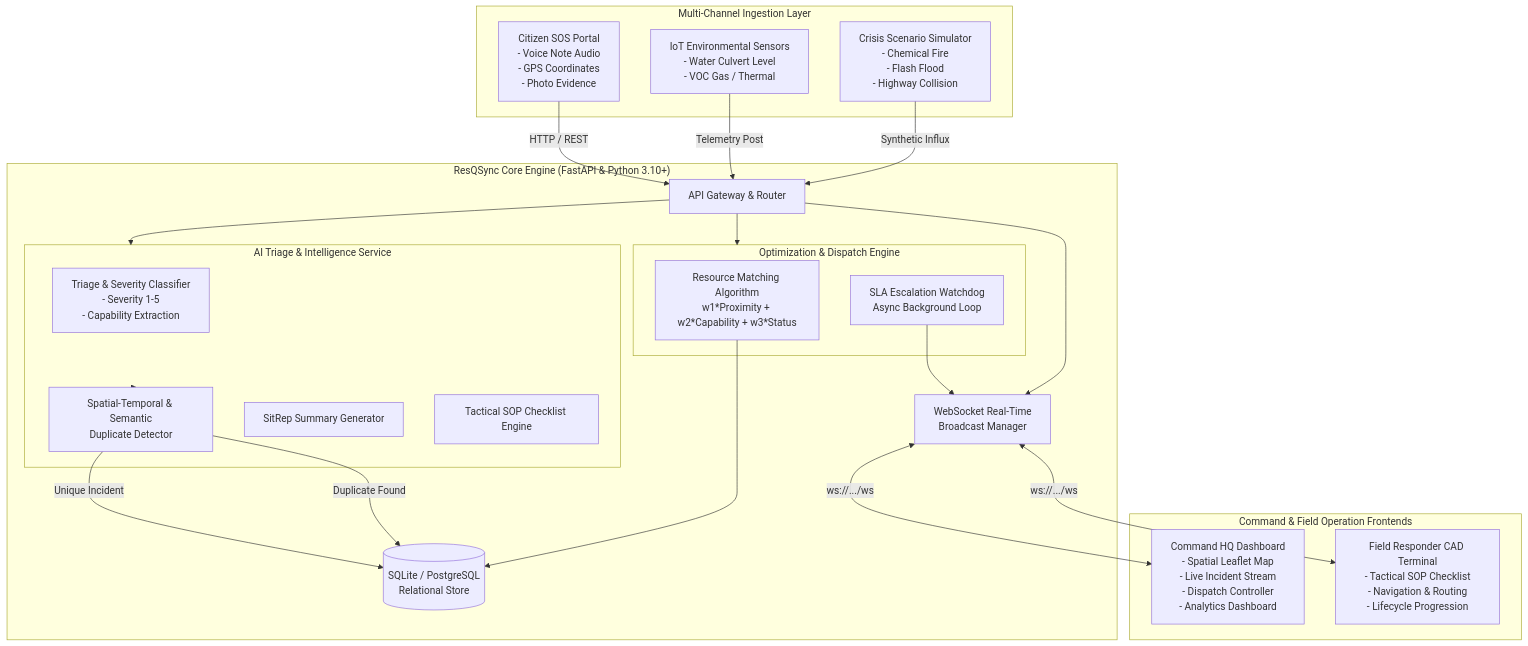
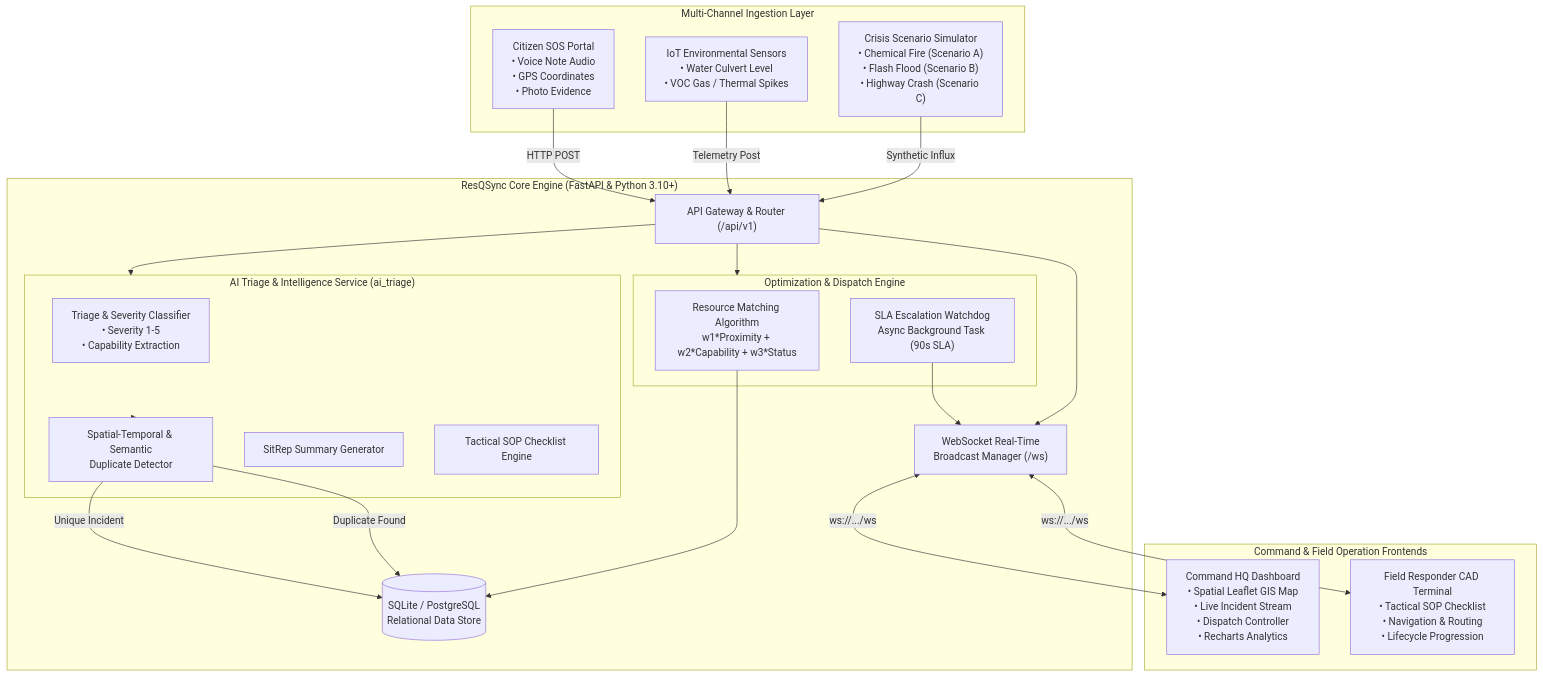
Before and after one commit to MrCoder-29/ByteForce-Bit-N-Build-2026: the diagram in README.md, drawn with Mermaid. The commit also changed other lines of this file, not shown here.

````diff
--- a/README.md
+++ b/README.md
@@ -72,49 +115,49 @@
 ```mermaid
 flowchart TD
     subgraph INGESTION["Multi-Channel Ingestion Layer"]
-        C[Citizen SOS Portal\n- Voice Note Audio\n- GPS Coordinates\n- Photo Evidence]
-        IOT[IoT Environmental Sensors\n- Water Culvert Level\n- VOC Gas / Thermal]
-        SIM[Crisis Scenario Simulator\n- Chemical Fire\n- Flash Flood\n- Highway Collision]
+        C["Citizen SOS Portal<br/>• Voice Note Audio<br/>• GPS Coordinates<br/>• Photo Evidence"]
+        IOT["IoT Environmental Sensors<br/>• Water Culvert Level<br/>• VOC Gas / Thermal Spikes"]
+        SIM["Crisis Scenario Simulator<br/>• Chemical Fire (Scenario A)<br/>• Flash Flood (Scenario B)<br/>• Highway Crash (Scenario C)"]
     end
 
     subgraph BACKEND["ResQSync Core Engine (FastAPI & Python 3.10+)"]
-        API[API Gateway & Router]
+        API["API Gateway & Router (/api/v1)"]
         
-        subgraph AI["AI Triage & Intelligence Service"]
-            TRIAGE[Triage & Severity Classifier\n- Severity 1-5\n- Capability Extraction]
-            DEDUP[Spatial-Temporal & Semantic\nDuplicate Detector]
-            SITREP[SitRep Summary Generator]
-            SOP[Tactical SOP Checklist Engine]
+        subgraph AI["AI Triage & Intelligence Service (ai_triage)"]
+            TRIAGE["Triage & Severity Classifier<br/>• Severity 1-5<br/>• Capability Extraction"]
+            DEDUP["Spatial-Temporal & Semantic<br/>Duplicate Detector"]
+            SITREP["SitRep Summary Generator"]
+            SOP["Tactical SOP Checklist Engine"]
         end
         
         subgraph DISPATCH["Optimization & Dispatch Engine"]
-            MATCH[Resource Matching Algorithm\nw1*Proximity + w2*Capability + w3*Status]
-            SLA[SLA Escalation Watchdog\nAsync Background Loop]
+            MATCH["Resource Matching Algorithm<br/>w1*Proximity + w2*Capability + w3*Status"]
+            SLA["SLA Escalation Watchdog<br/>Async Background Task (90s SLA)"]
         end
         
-        DB[(SQLite / PostgreSQL\nRelational Store)]
-        WS[WebSocket Real-Time\nBroadcast Manager]
+        DB[("SQLite / PostgreSQL<br/>Relational Data Store")]
+        WS["WebSocket Real-Time<br/>Broadcast Manager (/ws)"]
     end
 
     subgraph CLIENTS["Command & Field Operation Frontends"]
-        HQ[Command HQ Dashboard\n- Spatial Leaflet Map\n- Live Incident Stream\n- Dispatch Controller\n- Analytics Dashboard]
-        CAD[Field Responder CAD Terminal\n- Tactical SOP Checklist\n- Navigation & Routing\n- Lifecycle Progression]
+        HQ["Command HQ Dashboard<br/>• Spatial Leaflet GIS Map<br/>• Live Incident Stream<br/>• Dispatch Controller<br/>• Recharts Analytics"]
+        CAD["Field Responder CAD Terminal<br/>• Tactical SOP Checklist<br/>• Navigation & Routing<br/>• Lifecycle Progression"]
     end
 
-    C -->|HTTP / REST| API
+    C -->|HTTP POST| API
     IOT -->|Telemetry Post| API
     SIM -->|Synthetic Influx| API
 
     API --> AI
     AI --> DEDUP
     DEDUP -->|Unique Incident| DB
     DEDUP -->|Duplicate Found| DB
 
     API --> DISPATCH
     MATCH --> DB
     SLA --> WS
 
     API --> WS
     WS <-->|ws://.../ws| HQ
     WS <-->|ws://.../ws| CAD
 ```
````
